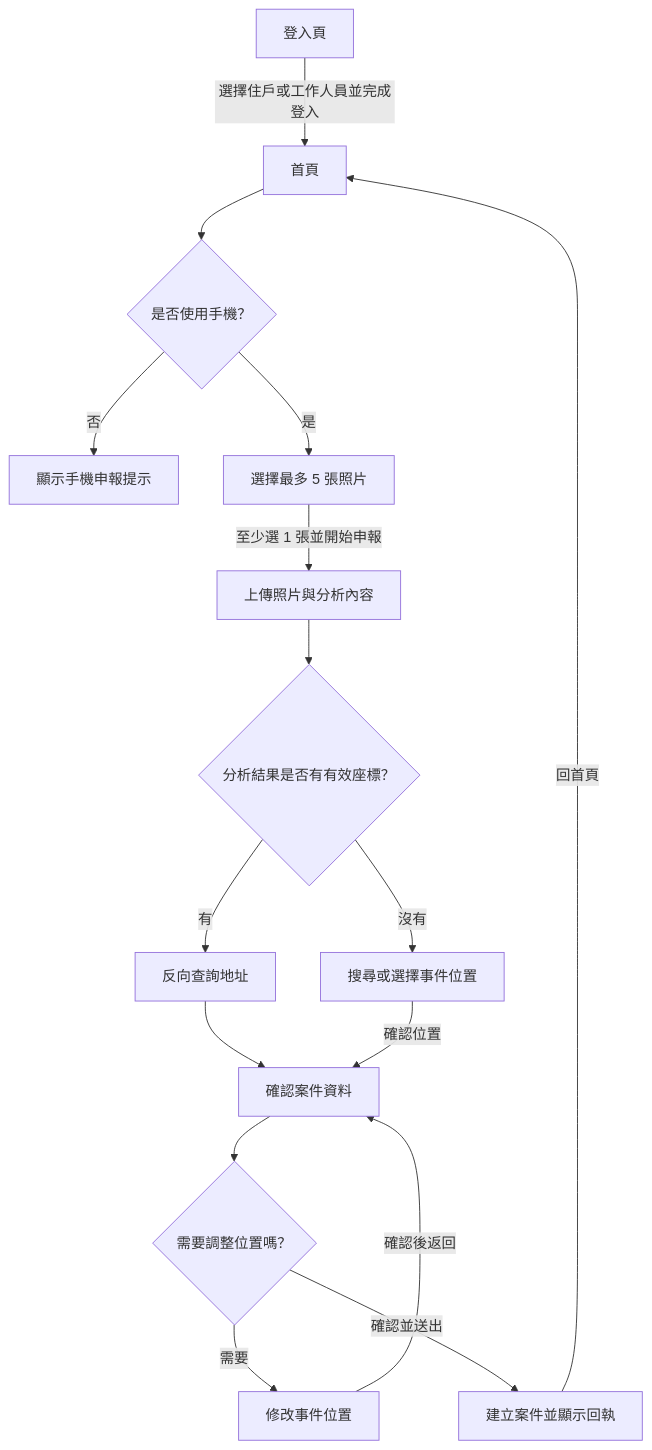
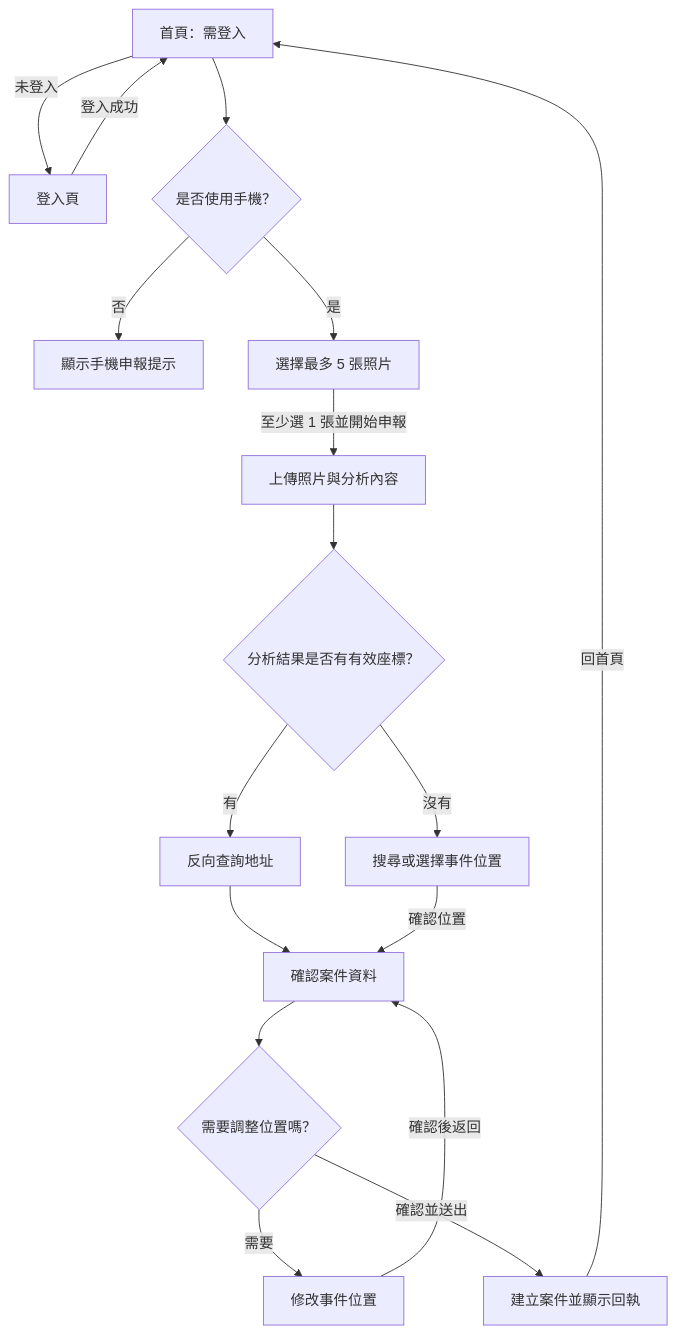
Before and after one commit to MillerLiu94/LCS_project: the diagram in operation-flow.md, drawn with Mermaid. The commit also changed other lines of this file and 1 other file, not shown here.

Commit message:
docs: update setup and operation flow

````diff
--- a/operation-flow.md
+++ b/operation-flow.md
@@ -17,18 +18,20 @@
 ```mermaid
 flowchart TD
-    A[登入頁] -->|選擇住戶或工作人員並完成登入| H[首頁]
+    H[首頁：需登入]
+    H -->|未登入| LG[登入頁]
+    LG -->|登入成功| H
     H --> D{是否使用手機？}
     D -->|否| X[顯示手機申報提示]
     D -->|是| P[選擇最多 5 張照片]
     P -->|至少選 1 張並開始申報| S[上傳照片與分析內容]
     S --> Q{分析結果是否有有效座標？}
     Q -->|有| G[反向查詢地址]
     G --> R[確認案件資料]
     Q -->|沒有| L[搜尋或選擇事件位置]
     L -->|確認位置| R
     R --> E{需要調整位置嗎？}
     E -->|需要| LE[修改事件位置]
     LE -->|確認後返回| R
     E -->|確認並送出| C[建立案件並顯示回執]
     C -->|回首頁| H
 ```
````
